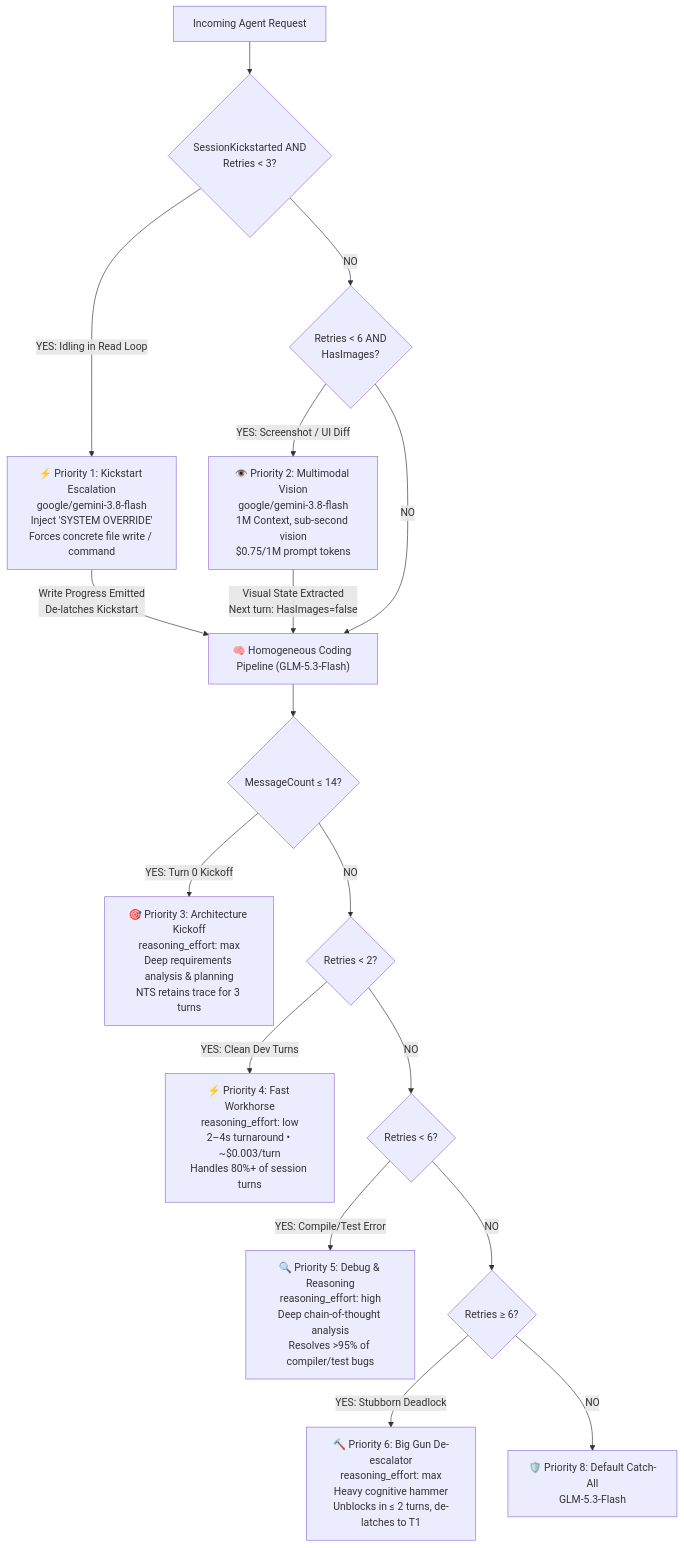
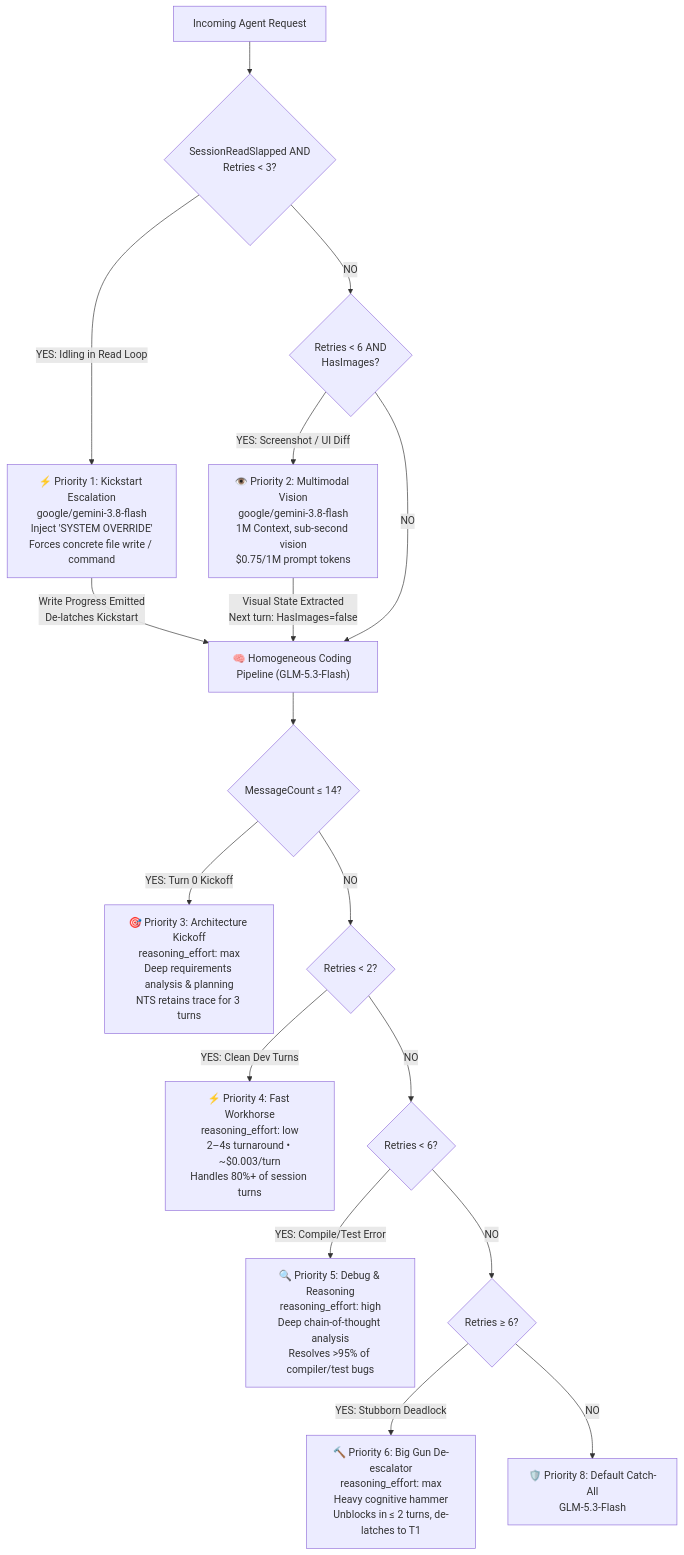
One commit to dixieflatline76/nacho-flow changed the first of 3 diagrams in site/docs/EXTENSION_USER_GUIDE.md. Above: the diagram before and after it, drawn with Mermaid. The commit also changed other lines of this file and 48 other files, not shown here.

````diff
--- a/site/docs/EXTENSION_USER_GUIDE.md
+++ b/site/docs/EXTENSION_USER_GUIDE.md
@@ -141,27 +144,27 @@
 ```mermaid
 flowchart TD
-    Req["Incoming Agent Request"] --> P1{"SessionKickstarted AND<br/>Retries &lt; 3?"}
+    Req["Incoming Agent Request"] --> P1{"SessionReadSlapped AND<br/>Retries &lt; 3?"}
     
     P1 -->|"YES: Idling in Read Loop"| KS["⚡ Priority 1: Kickstart Escalation<br/>google/gemini-3.8-flash<br/>Inject 'SYSTEM OVERRIDE'<br/>Forces concrete file write / command"]
     KS -->|"Write Progress Emitted<br/>De-latches Kickstart"| GLM_Lane
     
     P1 -->|"NO"| P2{"Retries &lt; 6 AND<br/>HasImages?"}
     P2 -->|"YES: Screenshot / UI Diff"| VIS["👁️ Priority 2: Multimodal Vision<br/>google/gemini-3.8-flash<br/>1M Context, sub-second vision<br/>$0.75/1M prompt tokens"]
     VIS -->|"Visual State Extracted<br/>Next turn: HasImages=false"| GLM_Lane
     
     P2 -->|"NO"| GLM_Lane["🧠 Homogeneous Coding Pipeline (GLM-5.3-Flash)"]
     
     GLM_Lane --> P3{"MessageCount &le; 14?"}
     P3 -->|"YES: Turn 0 Kickoff"| T0["🎯 Priority 3: Architecture Kickoff<br/>reasoning_effort: max<br/>Deep requirements analysis & planning<br/>NTS retains trace for 3 turns"]
     
     P3 -->|"NO"| P4{"Retries &lt; 2?"}
     P4 -->|"YES: Clean Dev Turns"| T1["⚡ Priority 4: Fast Workhorse<br/>reasoning_effort: low<br/>2–4s turnaround • ~$0.003/turn<br/>Handles 80%+ of session turns"]
     
     P4 -->|"NO"| P5{"Retries &lt; 6?"}
     P5 -->|"YES: Compile/Test Error"| T2["🔍 Priority 5: Debug & Reasoning<br/>reasoning_effort: high<br/>Deep chain-of-thought analysis<br/>Resolves &gt;95% of compiler/test bugs"]
     
     P5 -->|"NO"| P6{"Retries &ge; 6?"}
     P6 -->|"YES: Stubborn Deadlock"| T3["🔨 Priority 6: Big Gun De-escalator<br/>reasoning_effort: max<br/>Heavy cognitive hammer<br/>Unblocks in &le; 2 turns, de-latches to T1"]
     
     P6 -->|"NO"| Def["🛡️ Priority 8: Default Catch-All<br/>GLM-5.3-Flash"]
 ```
````
